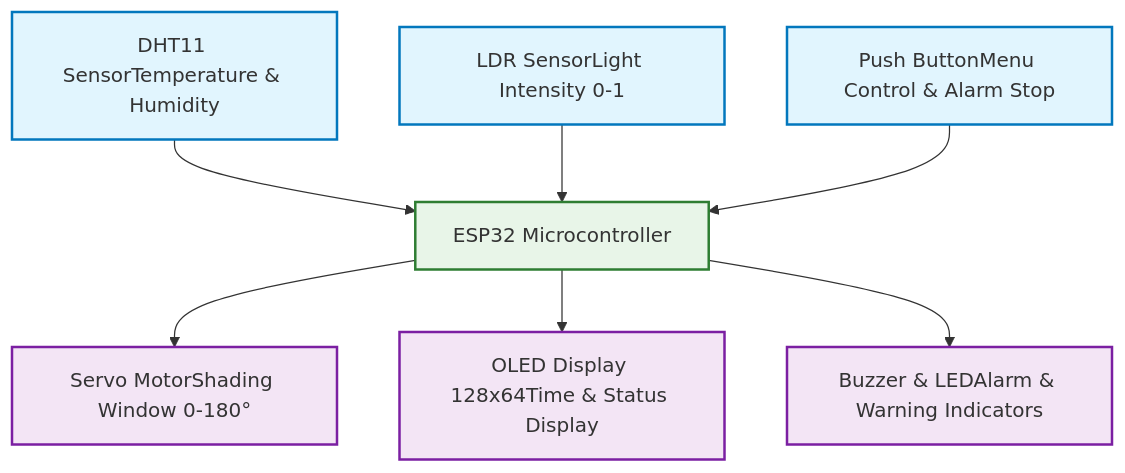
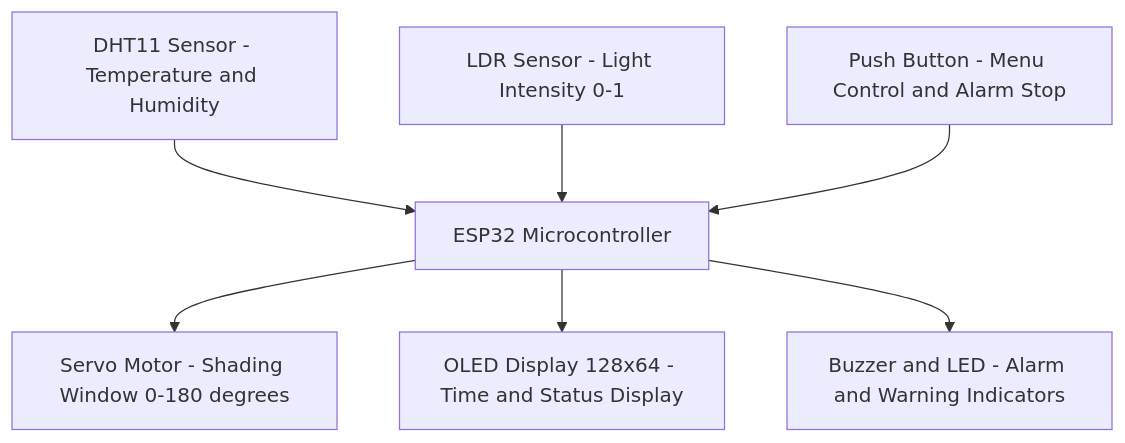
One commit to PankajaBalasooriya/EN2853-MediBox-220054N changed the first of 4 diagrams in README.MD. Above: the diagram before and after it, drawn with Mermaid. The commit also changed other lines of this file, not shown here.

````diff
--- a/README.MD
+++ b/README.MD
@@ -39,32 +38,20 @@
 ```mermaid
 graph TB
     ESP32[ESP32 Microcontroller]
     
-    %% Input Sensors
-    DHT11[DHT11 SensorTemperature & Humidity]
-    LDR[LDR SensorLight Intensity 0-1]
-    Button[Push ButtonMenu Control & Alarm Stop]
+    DHT11[DHT11 Sensor - Temperature and Humidity]
+    LDR[LDR Sensor - Light Intensity 0-1]
+    Button[Push Button - Menu Control and Alarm Stop]
     
-    %% Output Actuators
-    Servo[Servo MotorShading Window 0-180°]
-    OLED[OLED Display 128x64Time & Status Display]
-    Buzzer[Buzzer & LEDAlarm & Warning Indicators]
+    Servo[Servo Motor - Shading Window 0-180 degrees]
+    OLED[OLED Display 128x64 - Time and Status Display]
+    Buzzer[Buzzer and LED - Alarm and Warning Indicators]
     
-    %% Connections
     DHT11 --> ESP32
     LDR --> ESP32
     Button --> ESP32
     
     ESP32 --> Servo
     ESP32 --> OLED
     ESP32 --> Buzzer
-    
-    %% Styling
-    classDef sensor fill:#e1f5fe,stroke:#0277bd,stroke-width:2px
-    classDef actuator fill:#f3e5f5,stroke:#7b1fa2,stroke-width:2px
-    classDef controller fill:#e8f5e8,stroke:#2e7d32,stroke-width:2px
-    
-    class DHT11,LDR,Button sensor
-    class Servo,OLED,Buzzer actuator
-    class ESP32 controller
 ```
````
